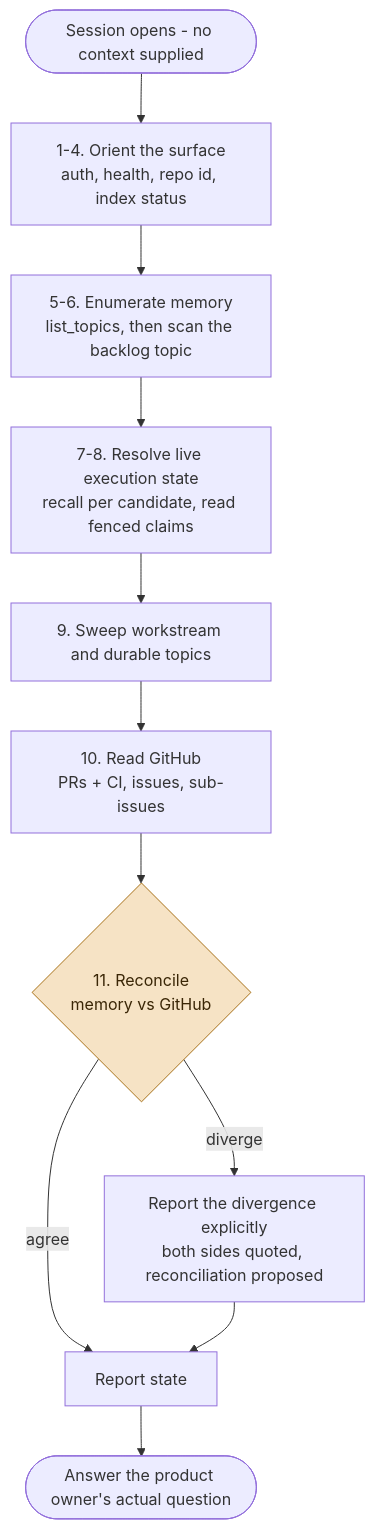
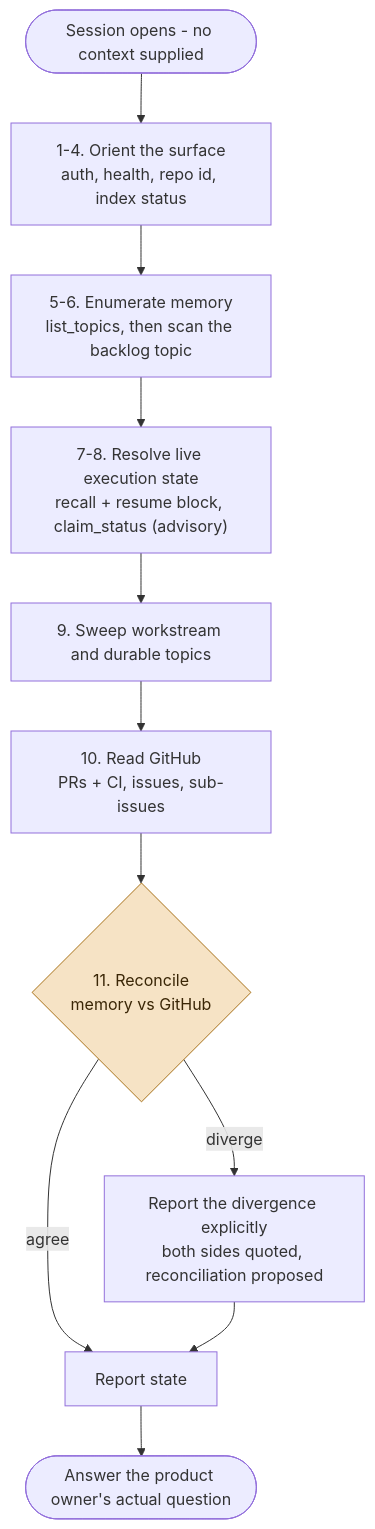
One commit to NSTA1/Orleans.Lattice changed the first of 3 diagrams in .github/agents/backlog-pm.agent.md. Above: the diagram before and after it, drawn with Mermaid. The commit also changed other lines of this file, not shown here.

First line of the commit message:
docs: name the concrete fenced-claim tools in the backlog PM agent

````diff
--- a/.github/agents/backlog-pm.agent.md
+++ b/.github/agents/backlog-pm.agent.md
@@ -116,16 +116,16 @@
 ```mermaid
 flowchart TD
   S(["Session opens - no context supplied"]) --> A["1-4. Orient the surface<br/>auth, health, repo id, index status"]
   A --> B["5-6. Enumerate memory<br/>list_topics, then scan the backlog topic"]
-  B --> C["7-8. Resolve live execution state<br/>recall per candidate, read fenced claims"]
+  B --> C["7-8. Resolve live execution state<br/>recall + resume block, claim_status (advisory)"]
   C --> D["9. Sweep workstream and durable topics"]
   D --> E["10. Read GitHub<br/>PRs + CI, issues, sub-issues"]
   E --> R{"11. Reconcile<br/>memory vs GitHub"}
   R -->|"agree"| OK["Report state"]
   R -->|"diverge"| DIV["Report the divergence explicitly<br/>both sides quoted, reconciliation proposed"]
   DIV --> OK
   OK --> Q(["Answer the product owner's actual question"])
 
   classDef gate fill:#f6e3c5,stroke:#a8721a,color:#3a2606
   class R gate
 ```
````
